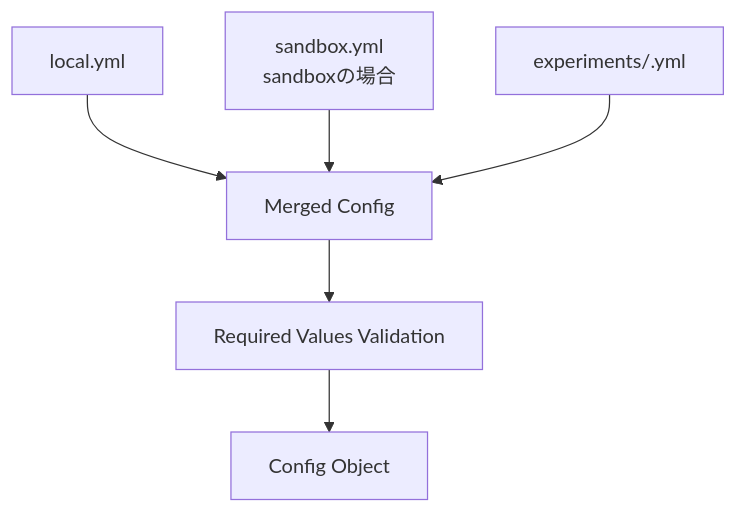
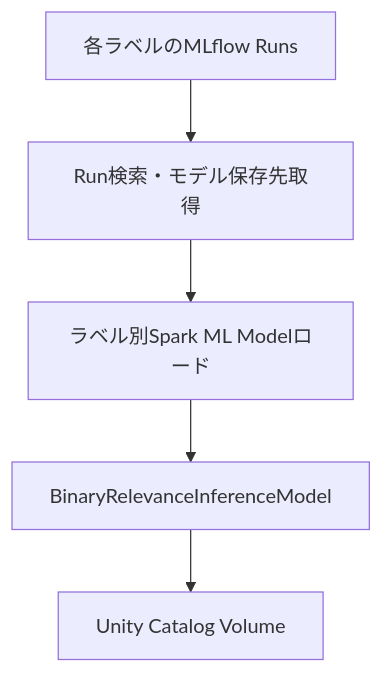
One commit to sminamiafb9/scrapbox changed the eighth of 8 diagrams in learn_text_classification/docs/Architecture.md. Above: the diagram before and after it, drawn with Mermaid. The commit also changed other lines of this file, not shown here.

First line of the commit message:
Feat: Introduce binary relevance model assembly and refine configuration loading

````diff
--- a/learn_text_classification/docs/Architecture.md
+++ b/learn_text_classification/docs/Architecture.md
@@ -396,14 +370,10 @@
 ```mermaid
 flowchart TD
-    A["local.yml"]
-    B["sandbox.yml<br/>sandboxの場合"]
-    C["experiments/<config>.yml"]
-    D["Merged Config"]
-    E["Required Values Validation"]
-    F["Config Object"]
+    A["各ラベルのMLflow Runs"]
+    B["Run検索・モデル保存先取得"]
+    C["ラベル別Spark ML Modelロード"]
+    D["BinaryRelevanceInferenceModel"]
+    E["Unity Catalog Volume"]
 
-    A --> D
-    B --> D
-    C --> D
-    D --> E --> F
+    A --> B --> C --> D --> E
 ```
````
